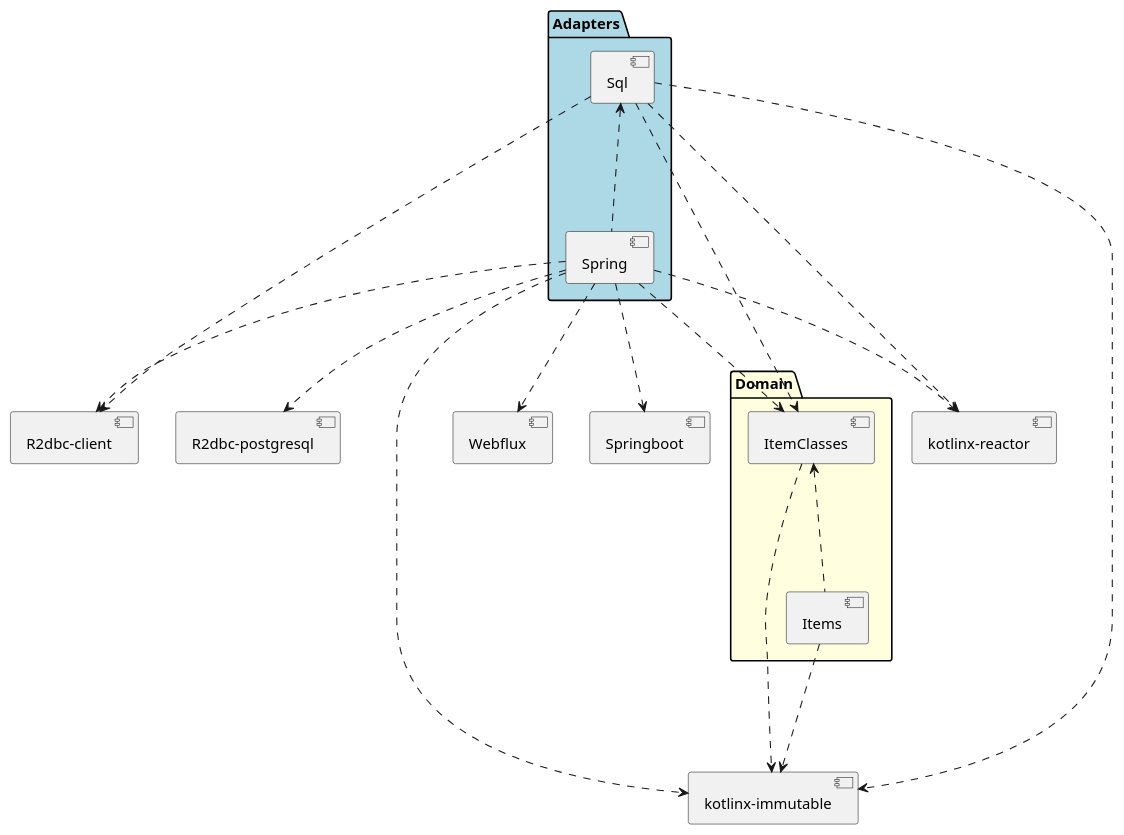
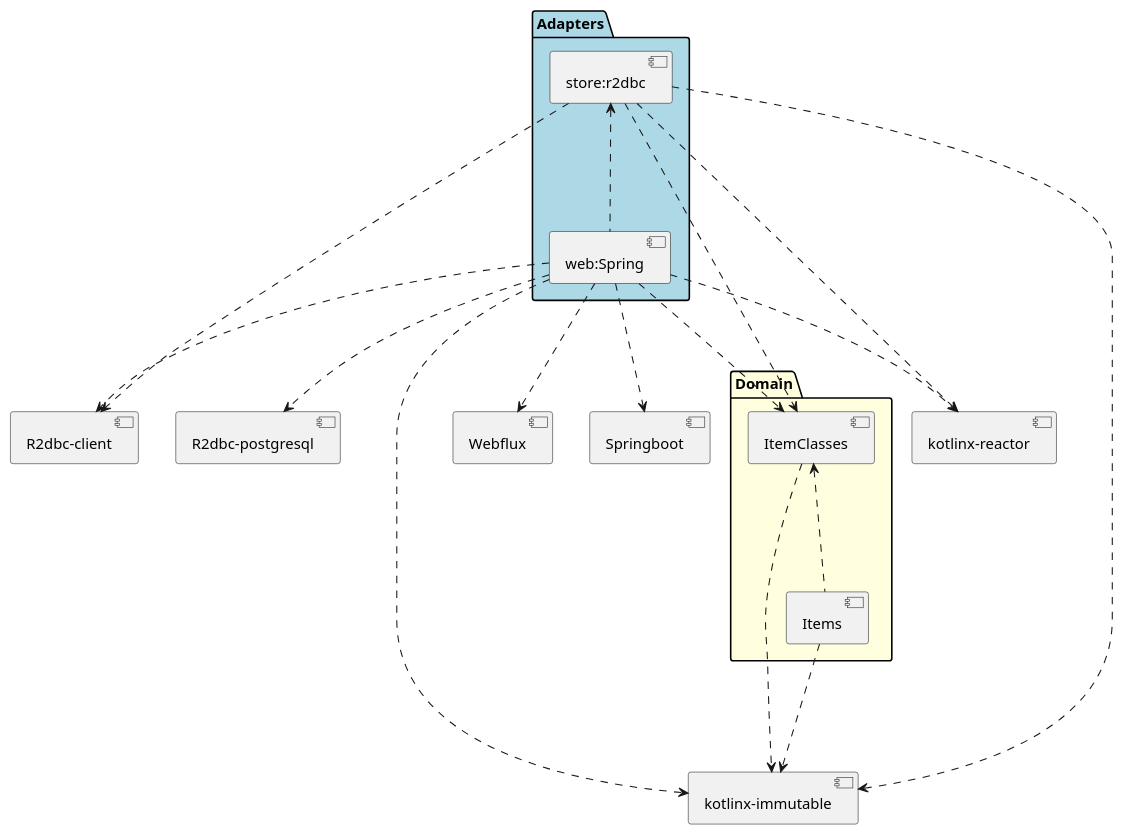
The diagram in doc/dia/zerodependency.puml (maciejmalecki/inventory), drawn with PlantUML before and after one commit. The commit also changed 6 other files, not shown here.

Commit message:
rename sql to r2dbc

```diff
--- a/doc/dia/zerodependency.puml
+++ b/doc/dia/zerodependency.puml
@@ -1,33 +1,36 @@
 @startuml
 
 [R2dbc-client] as r2dbc
 [R2dbc-postgresql] as psql
 [kotlinx-immutable] as immutable
 [Webflux]
 [Springboot]
 [kotlinx-reactor] as reactor
 
 package "Domain" #lightyellow {
-[ItemClasses] <... [Items]
+    [ItemClasses] <... [Items]
 }
 
 package "Adapters" #lightblue {
-[Sql] <... [Spring]
+    [store:r2dbc] as storer2dbc
+    [web:Spring] as Spring
 }
+
+storer2dbc <... Spring
 
 ItemClasses ...> immutable
 Items ...> immutable
 
-Sql ...> ItemClasses
-Sql ...> r2dbc
-Sql ...> immutable
-Sql ...> reactor
+storer2dbc ...> ItemClasses
+storer2dbc ...> r2dbc
+storer2dbc ...> immutable
+storer2dbc ...> reactor
 
 Spring ...> ItemClasses
 Spring ...> psql
 Spring ...> r2dbc
 Spring ...> Webflux
 Spring ...> Springboot
 Spring ...> immutable
 Spring ...> reactor
 @enduml
```
